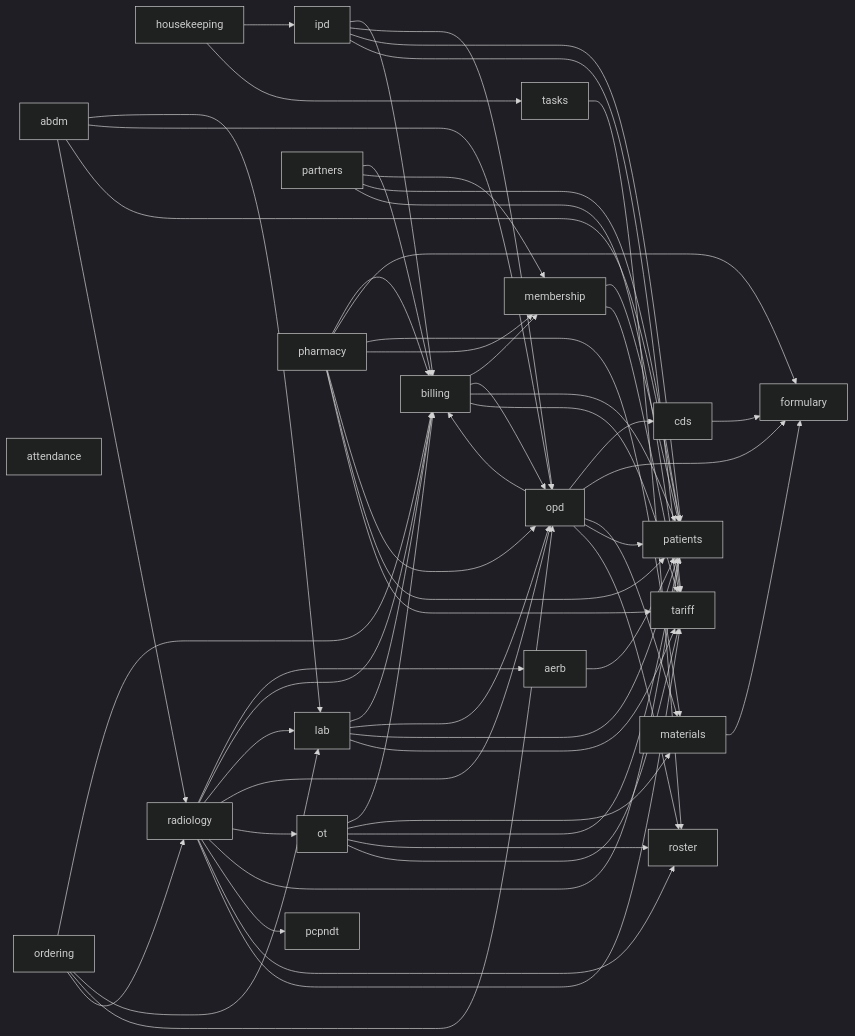
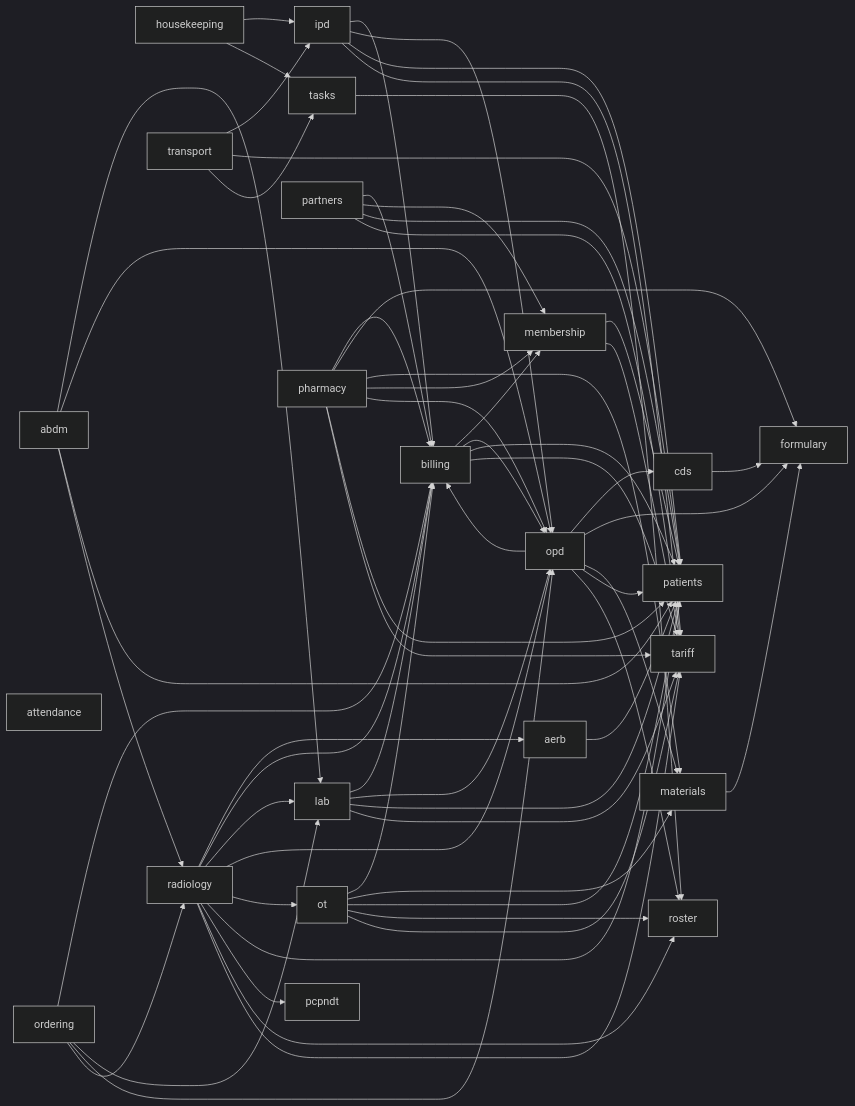
The second of 2 diagrams in docs/architecture/README.md (ankits3a/hims-hmis), drawn with Mermaid (dark theme) before and after one commit. The commit also changed other lines of this file and 55 other files, not shown here.

First line of the commit message:
feat(transport): porter and patient-movement tasks; escort before start, cylinder check, wristband handover (E1.6)

````diff
--- a/docs/architecture/README.md
+++ b/docs/architecture/README.md
@@ -52,6 +52,7 @@
   roster[roster]
   tariff[tariff]
   tasks[tasks]
+  transport[transport]
   abdm --> lab
   abdm --> opd
   abdm --> patients
@@ -111,4 +112,7 @@
   radiology --> roster
   radiology --> tariff
   tasks --> roster
+  transport --> ipd
+  transport --> patients
+  transport --> tasks
 ```
````
